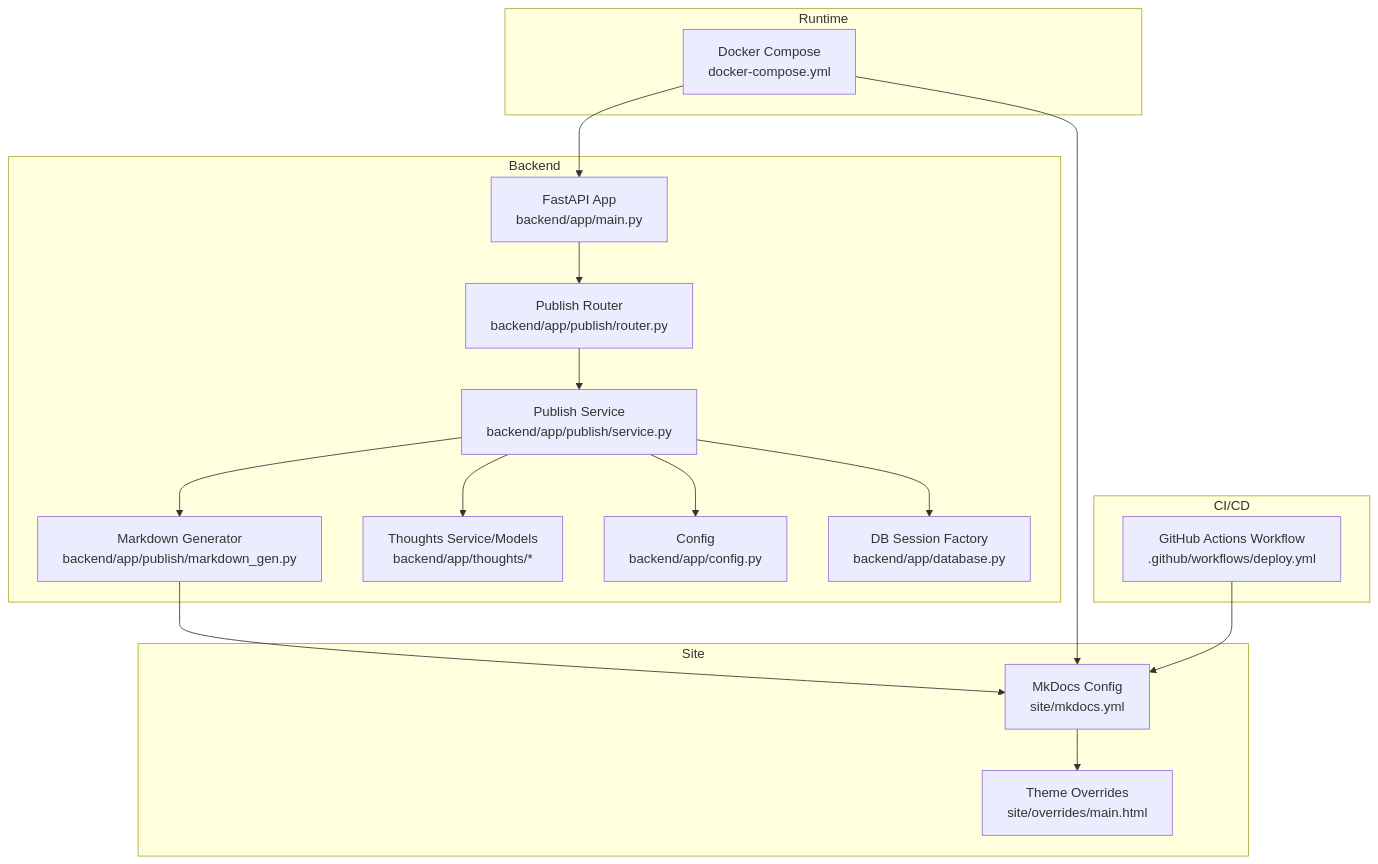
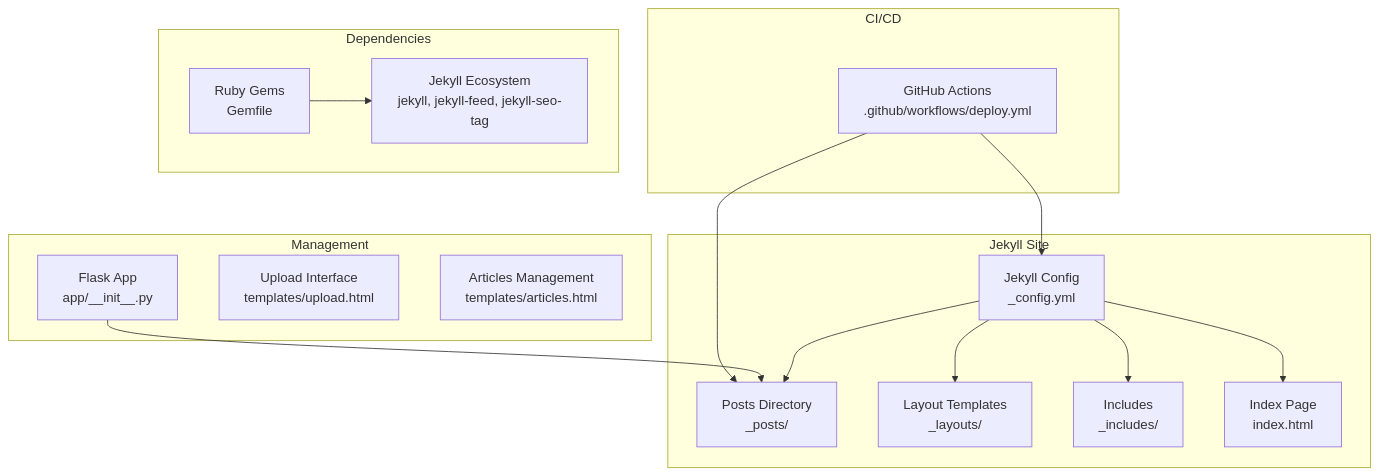
One commit to PolarisW007/PolaZhenJing changed the first of 4 diagrams in .qoder/repowiki/en/content/Backend Application/Publishing Pipeline.md. Above: the diagram before and after it, drawn with Mermaid. The commit also changed other lines of this file and 153 other files, not shown here.

````diff
--- a/.qoder/repowiki/en/content/Backend Application/Publishing Pipeline.md
+++ b/.qoder/repowiki/en/content/Backend Application/Publishing Pipeline.md
@@ -45,33 +46,30 @@
 ```mermaid
 graph TB
-subgraph "Backend"
-A["FastAPI App<br/>backend/app/main.py"]
-B["Publish Router<br/>backend/app/publish/router.py"]
-C["Publish Service<br/>backend/app/publish/service.py"]
-D["Markdown Generator<br/>backend/app/publish/markdown_gen.py"]
-E["Thoughts Service/Models<br/>backend/app/thoughts/*"]
-F["Config<br/>backend/app/config.py"]
-G["DB Session Factory<br/>backend/app/database.py"]
+subgraph "Jekyll Site"
+A["Jekyll Config<br/>_config.yml"]
+B["Posts Directory<br/>_posts/"]
+C["Layout Templates<br/>_layouts/"]
+D["Includes<br/>_includes/"]
+E["Index Page<br/>index.html"]
 end
-subgraph "Site"
-H["MkDocs Config<br/>site/mkdocs.yml"]
-I["Theme Overrides<br/>site/overrides/main.html"]
+subgraph "Management"
+F["Flask App<br/>app/__init__.py"]
+G["Upload Interface<br/>templates/upload.html"]
+H["Articles Management<br/>templates/articles.html"]
 end
 subgraph "CI/CD"
-J["GitHub Actions Workflow<br/>.github/workflows/deploy.yml"]
+I["GitHub Actions<br/>.github/workflows/deploy.yml"]
 end
-subgraph "Runtime"
-K["Docker Compose<br/>docker-compose.yml"]
+subgraph "Dependencies"
+J["Ruby Gems<br/>Gemfile"]
+K["Jekyll Ecosystem<br/>jekyll, jekyll-feed, jekyll-seo-tag"]
 end
 A --> B
-B --> C
-C --> D
-C --> E
-C --> F
-C --> G
-D --> H
-H --> I
-K --> A
-K --> H
-J --> H
+A --> C
+A --> D
+A --> E
+F --> B
+I --> A
+I --> B
+J --> K
 ```
````
